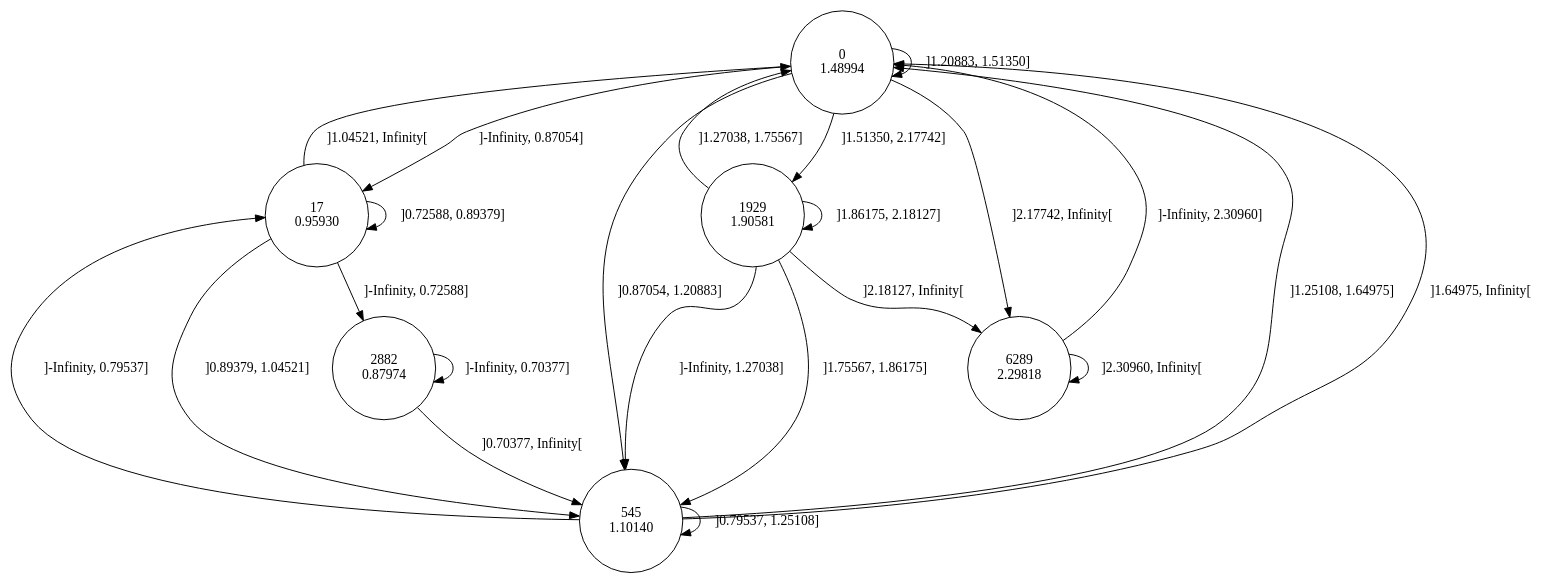
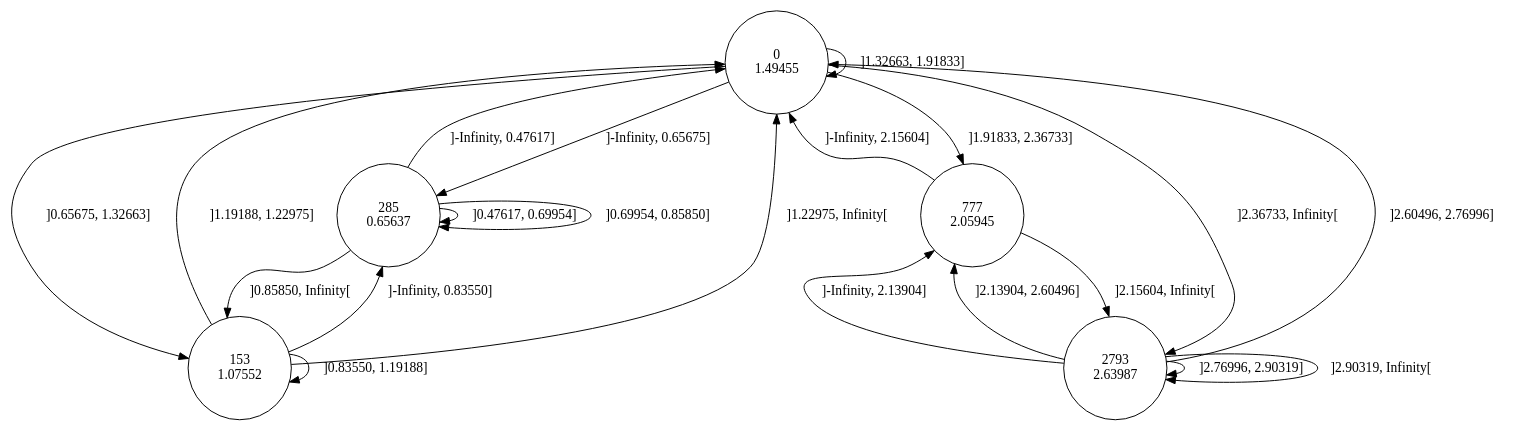
The diagram in wind/data/6/rai.dot (gllpellegrino/RAI_experiments), drawn with Graphviz before and after one commit. The commit also changed 810 other files, not shown here.

```diff
--- a/wind/data/6/rai.dot
+++ b/wind/data/6/rai.dot
@@ -1,30 +1,27 @@
 digraph DFA {
-0 [shape=circle, label="0\n1.48994"];
-	0 -> 17 [label="]-Infinity, 0.87054]"];
-	0 -> 545 [label="]0.87054, 1.20883]"];
-	0 -> 0 [label="]1.20883, 1.51350]"];
-	0 -> 1929 [label="]1.51350, 2.17742]"];
-	0 -> 6289 [label="]2.17742, Infinity["];
-6289 [shape=circle, label="6289\n2.29818"];
-	6289 -> 0 [label="]-Infinity, 2.30960]"];
-	6289 -> 6289 [label="]2.30960, Infinity["];
-1929 [shape=circle, label="1929\n1.90581"];
-	1929 -> 545 [label="]-Infinity, 1.27038]"];
-	1929 -> 0 [label="]1.27038, 1.75567]"];
-	1929 -> 545 [label="]1.75567, 1.86175]"];
-	1929 -> 1929 [label="]1.86175, 2.18127]"];
-	1929 -> 6289 [label="]2.18127, Infinity["];
-545 [shape=circle, label="545\n1.10140"];
-	545 -> 17 [label="]-Infinity, 0.79537]"];
-	545 -> 545 [label="]0.79537, 1.25108]"];
-	545 -> 0 [label="]1.25108, 1.64975]"];
-	545 -> 0 [label="]1.64975, Infinity["];
-17 [shape=circle, label="17\n0.95930"];
-	17 -> 2882 [label="]-Infinity, 0.72588]"];
-	17 -> 17 [label="]0.72588, 0.89379]"];
-	17 -> 545 [label="]0.89379, 1.04521]"];
-	17 -> 0 [label="]1.04521, Infinity["];
-2882 [shape=circle, label="2882\n0.87974"];
-	2882 -> 2882 [label="]-Infinity, 0.70377]"];
-	2882 -> 545 [label="]0.70377, Infinity["];
+0 [shape=circle, label="0\n1.49455"];
+	0 -> 285 [label="]-Infinity, 0.65675]"];
+	0 -> 153 [label="]0.65675, 1.32663]"];
+	0 -> 0 [label="]1.32663, 1.91833]"];
+	0 -> 777 [label="]1.91833, 2.36733]"];
+	0 -> 2793 [label="]2.36733, Infinity["];
+2793 [shape=circle, label="2793\n2.63987"];
+	2793 -> 777 [label="]-Infinity, 2.13904]"];
+	2793 -> 777 [label="]2.13904, 2.60496]"];
+	2793 -> 0 [label="]2.60496, 2.76996]"];
+	2793 -> 2793 [label="]2.76996, 2.90319]"];
+	2793 -> 2793 [label="]2.90319, Infinity["];
+777 [shape=circle, label="777\n2.05945"];
+	777 -> 0 [label="]-Infinity, 2.15604]"];
+	777 -> 2793 [label="]2.15604, Infinity["];
+153 [shape=circle, label="153\n1.07552"];
+	153 -> 285 [label="]-Infinity, 0.83550]"];
+	153 -> 153 [label="]0.83550, 1.19188]"];
+	153 -> 0 [label="]1.19188, 1.22975]"];
+	153 -> 0 [label="]1.22975, Infinity["];
+285 [shape=circle, label="285\n0.65637"];
+	285 -> 0 [label="]-Infinity, 0.47617]"];
+	285 -> 285 [label="]0.47617, 0.69954]"];
+	285 -> 285 [label="]0.69954, 0.85850]"];
+	285 -> 153 [label="]0.85850, Infinity["];
 }
```
